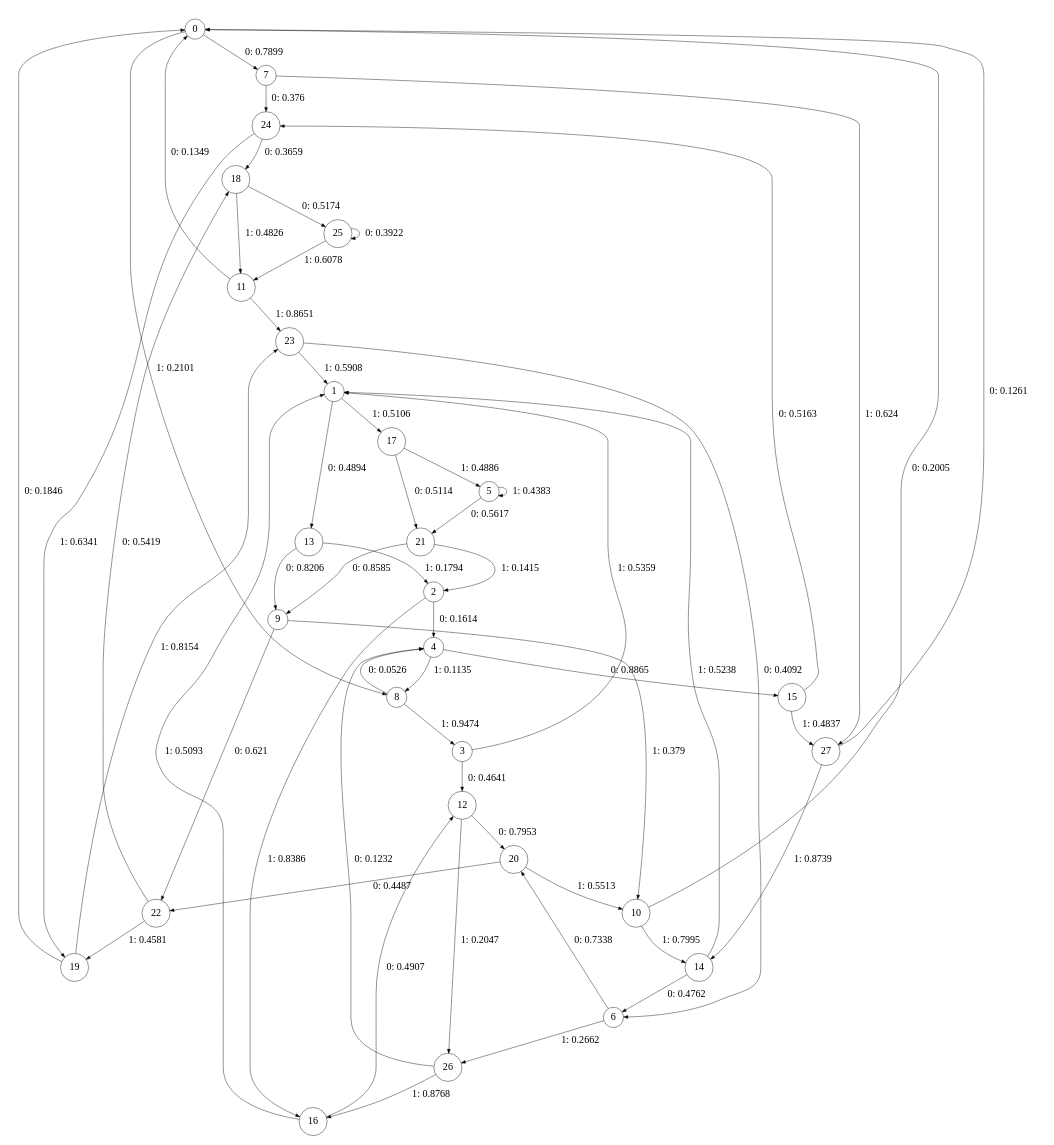
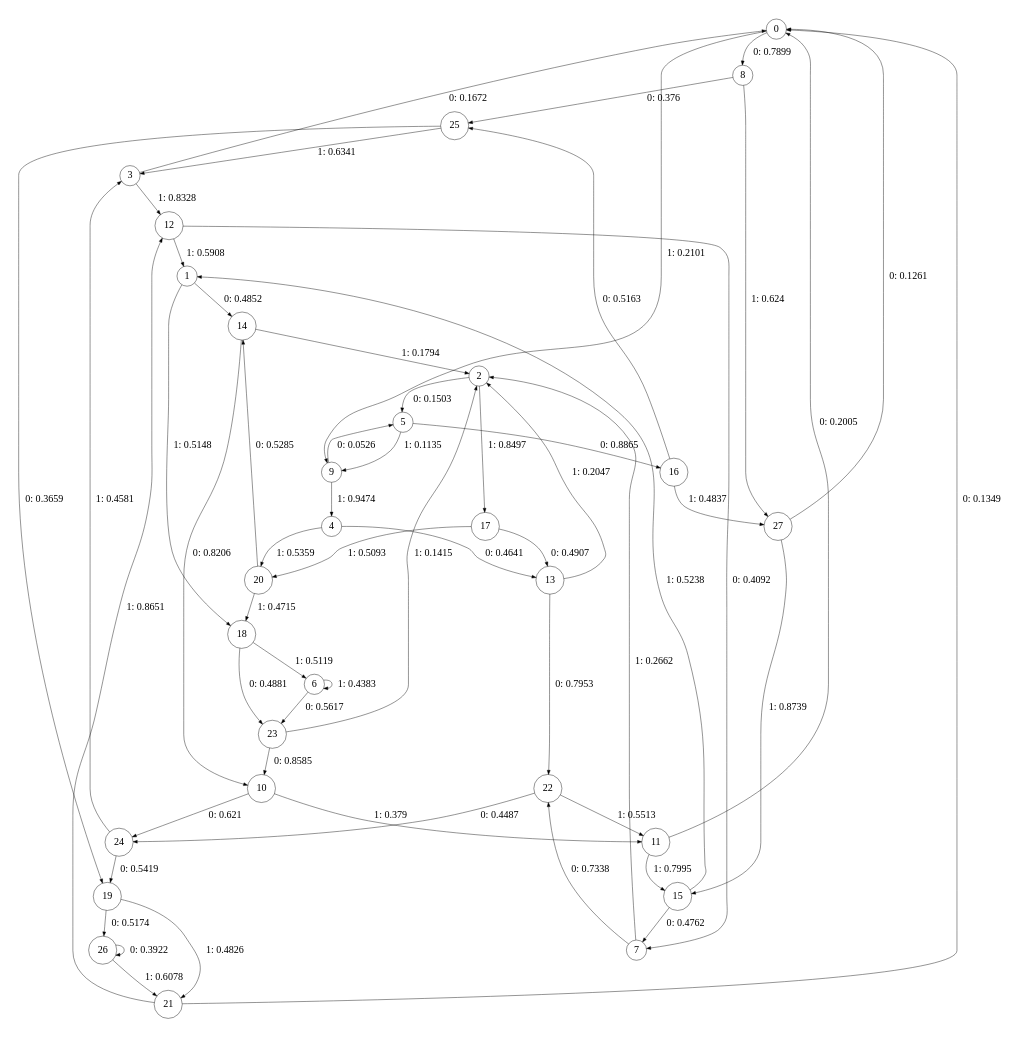
Before and after one commit to juliapaterson/summerproject: the diagram in cssr data/derivative split/phase 1/ch1randomL5_inf.dot, drawn with Graphviz. The commit also changed 1436 other files, not shown here.

```diff
--- a/cssr data/derivative split/phase 1/ch1randomL5_inf.dot
+++ b/cssr data/derivative split/phase 1/ch1randomL5_inf.dot
@@ -1,63 +1,63 @@
 digraph "ch1randomL5" {
 size = "6,8.5";
 ratio = "fill";
 node [shape = circle];
 node [fontsize = 24];
 edge [fontsize = 24];
-0 -> 7 [label = "0: 0.7899   "];
-0 -> 8 [label = "1: 0.2101   "];
-1 -> 13 [label = "0: 0.4894   "];
-1 -> 17 [label = "1: 0.5106   "];
-2 -> 4 [label = "0: 0.1614   "];
-2 -> 16 [label = "1: 0.8386   "];
-3 -> 12 [label = "0: 0.4641   "];
-3 -> 1 [label = "1: 0.5359   "];
-4 -> 15 [label = "0: 0.8865   "];
-4 -> 8 [label = "1: 0.1135   "];
-5 -> 21 [label = "0: 0.5617   "];
-5 -> 5 [label = "1: 0.4383   "];
-6 -> 20 [label = "0: 0.7338   "];
-6 -> 26 [label = "1: 0.2662   "];
-7 -> 24 [label = "0: 0.376    "];
-7 -> 27 [label = "1: 0.624    "];
-8 -> 4 [label = "0: 0.0526   "];
-8 -> 3 [label = "1: 0.9474   "];
-9 -> 22 [label = "0: 0.621    "];
-9 -> 10 [label = "1: 0.379    "];
-10 -> 0 [label = "0: 0.2005   "];
-10 -> 14 [label = "1: 0.7995   "];
-11 -> 0 [label = "0: 0.1349   "];
-11 -> 23 [label = "1: 0.8651   "];
-12 -> 20 [label = "0: 0.7953   "];
-12 -> 26 [label = "1: 0.2047   "];
-13 -> 9 [label = "0: 0.8206   "];
-13 -> 2 [label = "1: 0.1794   "];
-14 -> 6 [label = "0: 0.4762   "];
-14 -> 1 [label = "1: 0.5238   "];
-15 -> 24 [label = "0: 0.5163   "];
-15 -> 27 [label = "1: 0.4837   "];
-16 -> 12 [label = "0: 0.4907   "];
-16 -> 1 [label = "1: 0.5093   "];
-17 -> 21 [label = "0: 0.5114   "];
-17 -> 5 [label = "1: 0.4886   "];
-18 -> 25 [label = "0: 0.5174   "];
-18 -> 11 [label = "1: 0.4826   "];
-19 -> 0 [label = "0: 0.1846   "];
-19 -> 23 [label = "1: 0.8154   "];
-20 -> 22 [label = "0: 0.4487   "];
-20 -> 10 [label = "1: 0.5513   "];
-21 -> 9 [label = "0: 0.8585   "];
-21 -> 2 [label = "1: 0.1415   "];
-22 -> 18 [label = "0: 0.5419   "];
-22 -> 19 [label = "1: 0.4581   "];
-23 -> 6 [label = "0: 0.4092   "];
-23 -> 1 [label = "1: 0.5908   "];
-24 -> 18 [label = "0: 0.3659   "];
-24 -> 19 [label = "1: 0.6341   "];
-25 -> 25 [label = "0: 0.3922   "];
-25 -> 11 [label = "1: 0.6078   "];
-26 -> 4 [label = "0: 0.1232   "];
-26 -> 16 [label = "1: 0.8768   "];
+0 -> 8 [label = "0: 0.7899   "];
+0 -> 9 [label = "1: 0.2101   "];
+1 -> 14 [label = "0: 0.4852   "];
+1 -> 18 [label = "1: 0.5148   "];
+2 -> 5 [label = "0: 0.1503   "];
+2 -> 17 [label = "1: 0.8497   "];
+3 -> 0 [label = "0: 0.1672   "];
+3 -> 12 [label = "1: 0.8328   "];
+4 -> 13 [label = "0: 0.4641   "];
+4 -> 20 [label = "1: 0.5359   "];
+5 -> 16 [label = "0: 0.8865   "];
+5 -> 9 [label = "1: 0.1135   "];
+6 -> 23 [label = "0: 0.5617   "];
+6 -> 6 [label = "1: 0.4383   "];
+7 -> 22 [label = "0: 0.7338   "];
+7 -> 2 [label = "1: 0.2662   "];
+8 -> 25 [label = "0: 0.376    "];
+8 -> 27 [label = "1: 0.624    "];
+9 -> 5 [label = "0: 0.0526   "];
+9 -> 4 [label = "1: 0.9474   "];
+10 -> 24 [label = "0: 0.621    "];
+10 -> 11 [label = "1: 0.379    "];
+11 -> 0 [label = "0: 0.2005   "];
+11 -> 15 [label = "1: 0.7995   "];
+12 -> 7 [label = "0: 0.4092   "];
+12 -> 1 [label = "1: 0.5908   "];
+13 -> 22 [label = "0: 0.7953   "];
+13 -> 2 [label = "1: 0.2047   "];
+14 -> 10 [label = "0: 0.8206   "];
+14 -> 2 [label = "1: 0.1794   "];
+15 -> 7 [label = "0: 0.4762   "];
+15 -> 1 [label = "1: 0.5238   "];
+16 -> 25 [label = "0: 0.5163   "];
+16 -> 27 [label = "1: 0.4837   "];
+17 -> 13 [label = "0: 0.4907   "];
+17 -> 20 [label = "1: 0.5093   "];
+18 -> 23 [label = "0: 0.4881   "];
+18 -> 6 [label = "1: 0.5119   "];
+19 -> 26 [label = "0: 0.5174   "];
+19 -> 21 [label = "1: 0.4826   "];
+20 -> 14 [label = "0: 0.5285   "];
+20 -> 18 [label = "1: 0.4715   "];
+21 -> 0 [label = "0: 0.1349   "];
+21 -> 12 [label = "1: 0.8651   "];
+22 -> 24 [label = "0: 0.4487   "];
+22 -> 11 [label = "1: 0.5513   "];
+23 -> 10 [label = "0: 0.8585   "];
+23 -> 2 [label = "1: 0.1415   "];
+24 -> 19 [label = "0: 0.5419   "];
+24 -> 3 [label = "1: 0.4581   "];
+25 -> 19 [label = "0: 0.3659   "];
+25 -> 3 [label = "1: 0.6341   "];
+26 -> 26 [label = "0: 0.3922   "];
+26 -> 21 [label = "1: 0.6078   "];
 27 -> 0 [label = "0: 0.1261   "];
-27 -> 14 [label = "1: 0.8739   "];
+27 -> 15 [label = "1: 0.8739   "];
 }
```
